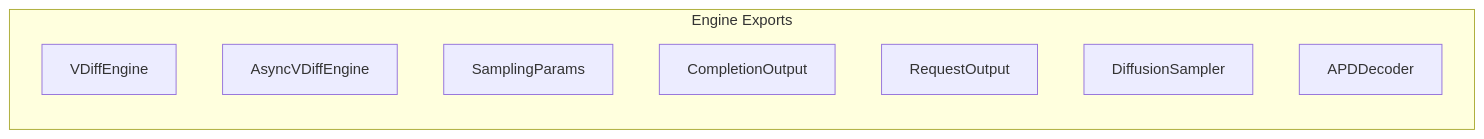
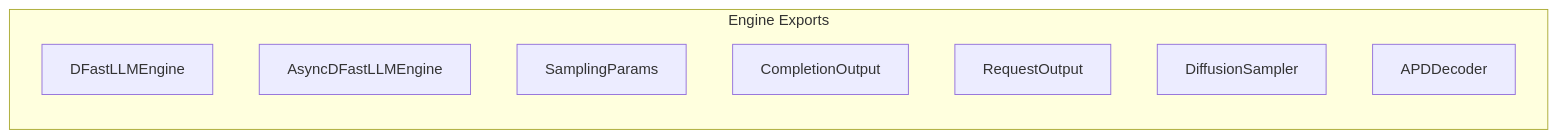
One commit to mwaykole/vdiff changed the fifth of 18 diagrams in docs/dev-doc/03-project-structure.md. Above: the diagram before and after it, drawn with Mermaid. The commit also changed other lines of this file and 53 other files, not shown here.

````diff
--- a/docs/dev-doc/03-project-structure.md
+++ b/docs/dev-doc/03-project-structure.md
@@ -226,12 +226,12 @@
 ```mermaid
 flowchart LR
     subgraph Exports["Engine Exports"]
-        VE["VDiffEngine"]
-        AVE["AsyncVDiffEngine"]
+        VE["DFastLLMEngine"]
+        AVE["AsyncDFastLLMEngine"]
         SP["SamplingParams"]
         CO["CompletionOutput"]
         RO["RequestOutput"]
         DS["DiffusionSampler"]
         APD["APDDecoder"]
     end
 ```
````
